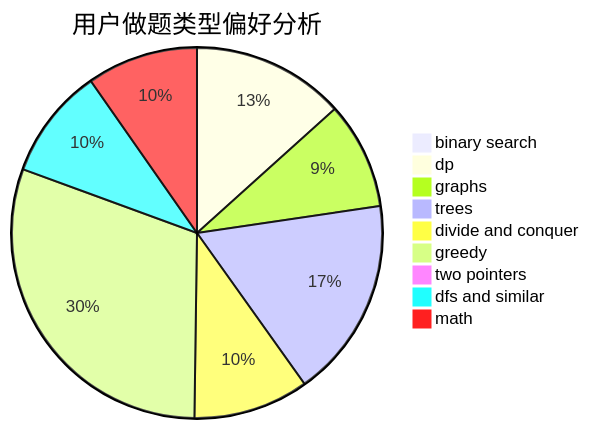
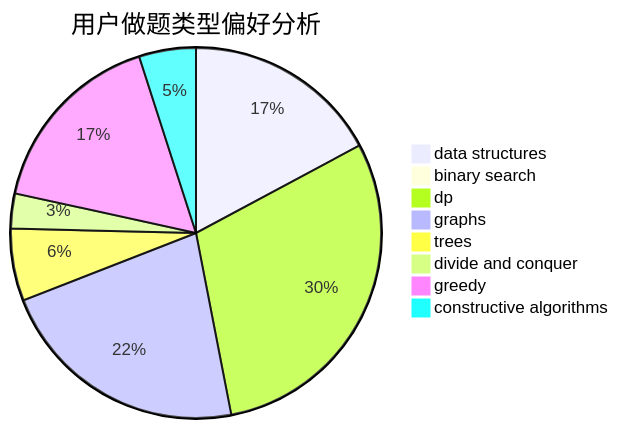
One commit to sherpahu/cfrs.github.io changed the second of 3 diagrams in docs/user/u320.md. Above: the diagram before and after it, drawn with Mermaid. The commit also changed other lines of this file and 2775 other files, not shown here.

````diff
--- a/docs/user/u320.md
+++ b/docs/user/u320.md
@@ -23,12 +23,11 @@
 ```mermaid
 pie title 用户做题类型偏好分析
-    "binary search" :  11
-    "dp" :  180
-    "graphs" :  126
-    "trees" :  236
-    "divide and conquer" :  136
-    "greedy" :  410
-    "two pointers" :  2
-    "dfs and similar" :  131
-    "math" :  131
+    "data structures" :  90
+    "binary search" :  3
+    "dp" :  156
+    "graphs" :  116
+    "trees" :  33
+    "divide and conquer" :  16
+    "greedy" :  87
+    "constructive algorithms" :  26
 ```
````
